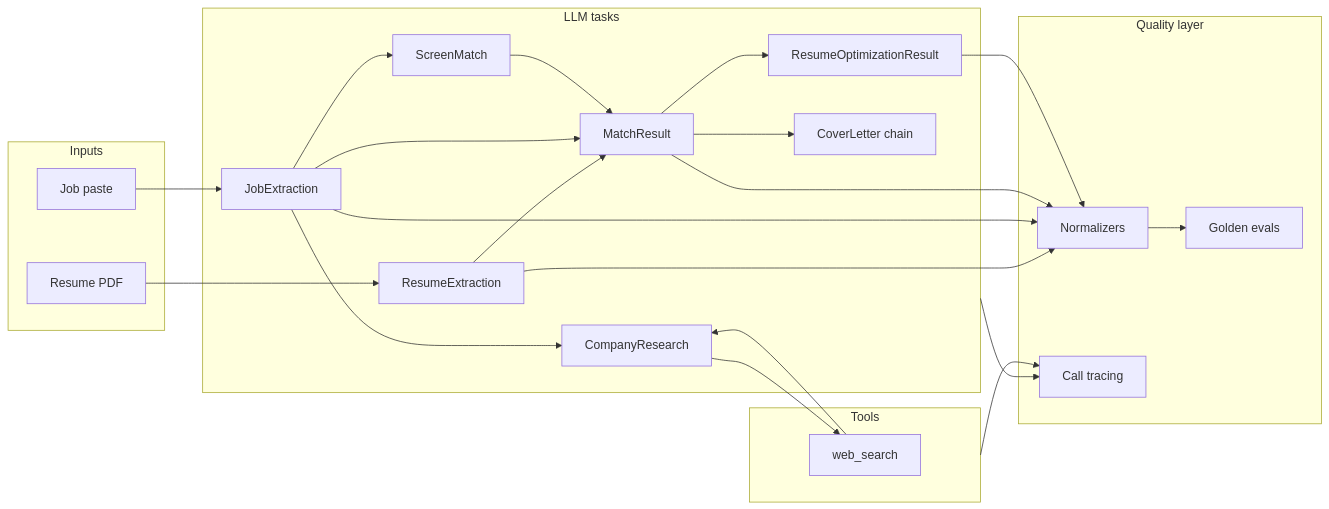
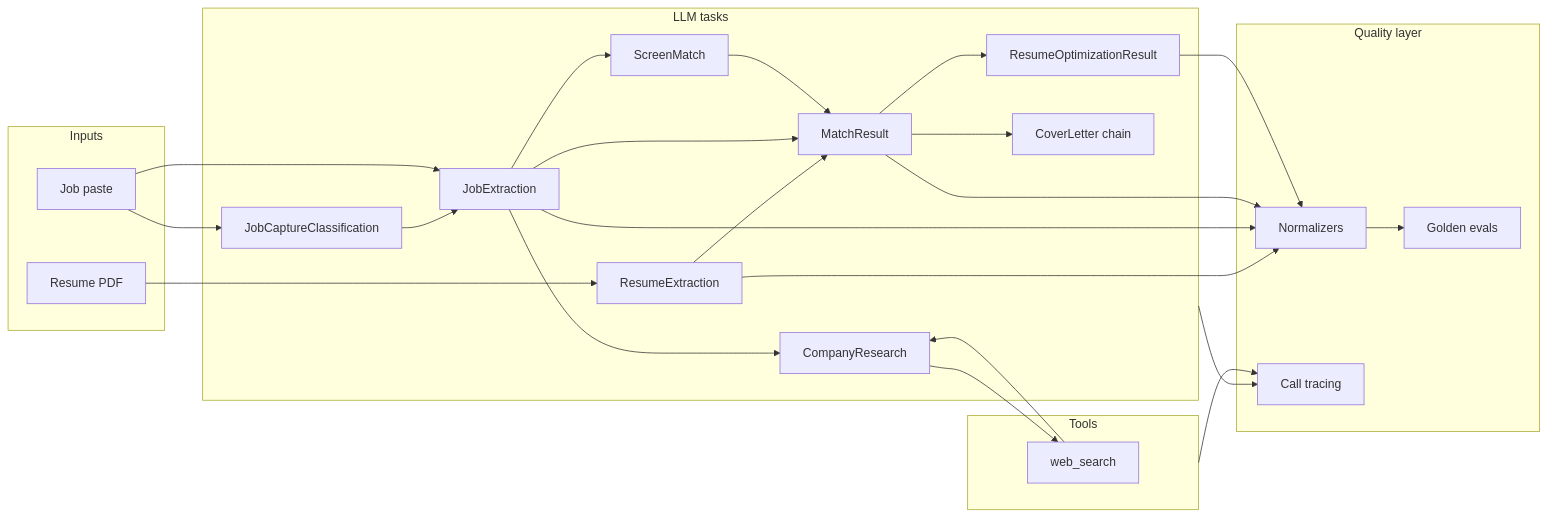
Before and after one commit to semirturgay/ai-career-os: the diagram in docs/ai-engineering.md, drawn with Mermaid. The commit also changed other lines of this file and 30 other files, not shown here.

First line of the commit message:
feat: source-agnostic job capture with LLM classification

````diff
--- a/docs/ai-engineering.md
+++ b/docs/ai-engineering.md
@@ -15,47 +15,50 @@
 ```mermaid
 flowchart LR
     subgraph inputs [Inputs]
         PDF[Resume PDF]
         JD[Job paste]
     end
 
     subgraph llm [LLM tasks]
         RE[ResumeExtraction]
+        JC[JobCaptureClassification]
         JE[JobExtraction]
         SM[ScreenMatch]
         MA[MatchResult]
         RO[ResumeOptimizationResult]
         CL[CoverLetter chain]
         CR[CompanyResearch]
     end
 
     subgraph tools [Tools]
         WS[web_search]
     end
 
     subgraph quality [Quality layer]
         N[Normalizers]
         E[Golden evals]
         T[Call tracing]
     end
 
     PDF --> RE
+    JD --> JC
+    JC --> JE
     JD --> JE
     RE --> MA
     JE --> MA
     JE --> SM
     SM --> MA
     MA --> RO
     MA --> CL
     JE --> CR
     CR --> WS
     WS --> CR
 
     RE --> N
     JE --> N
     MA --> N
     RO --> N
     N --> E
     llm --> T
     tools --> T
 ```
````
